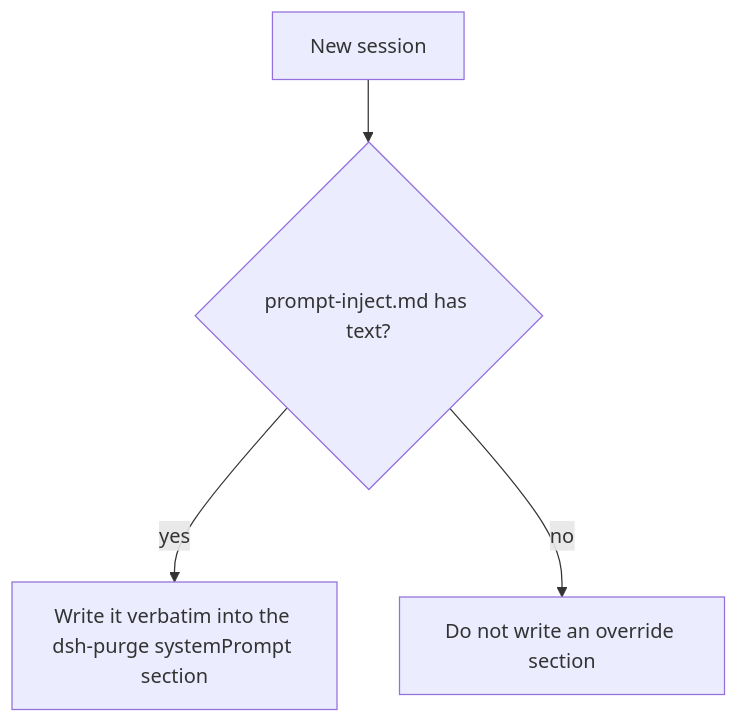
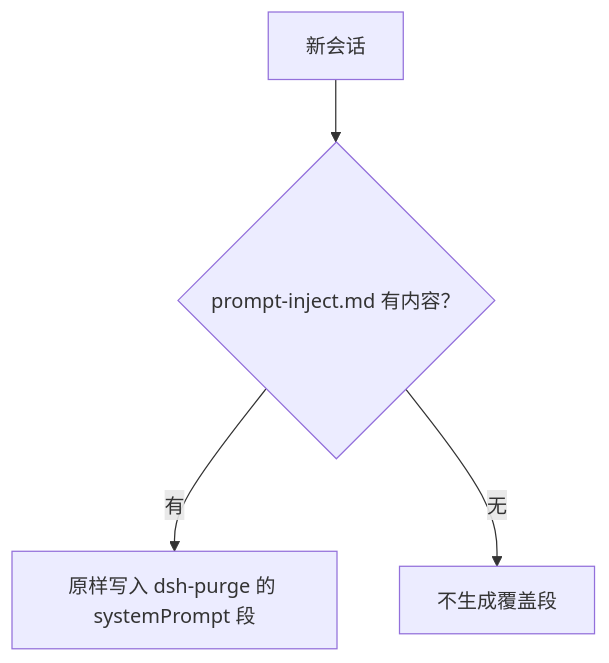
The second of 3 diagrams in README.md (jmx124112/dsh-purge-selfhost), drawn with Mermaid before and after one commit. The commit also changed other lines of this file, not shown here.

````diff
--- a/README.md
+++ b/README.md
@@ -695,6 +91,6 @@
 ```mermaid
 flowchart TD
-  A["New session"] --> B{"prompt-inject.md has text?"}
-  B -->|yes| C["Write it verbatim into the dsh-purge systemPrompt section"]
-  B -->|no| D["Do not write an override section"]
+  A["新会话"] --> B{"prompt-inject.md 有内容？"}
+  B -->|有| C["原样写入 dsh-purge 的 systemPrompt 段"]
+  B -->|无| D["不生成覆盖段"]
 ```
````
